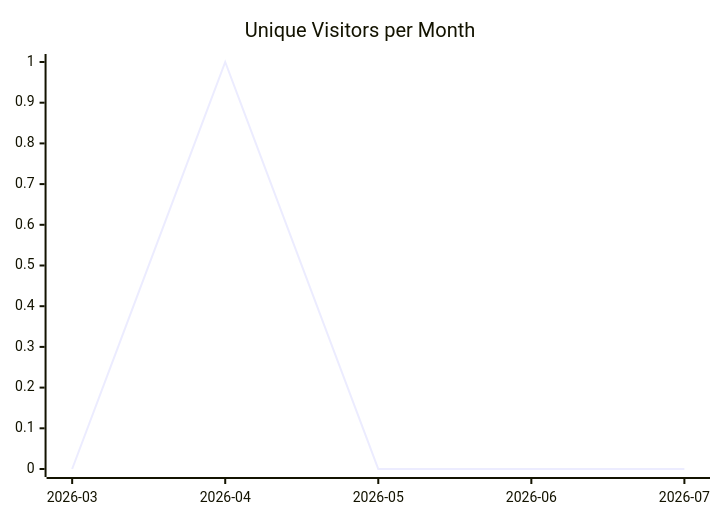
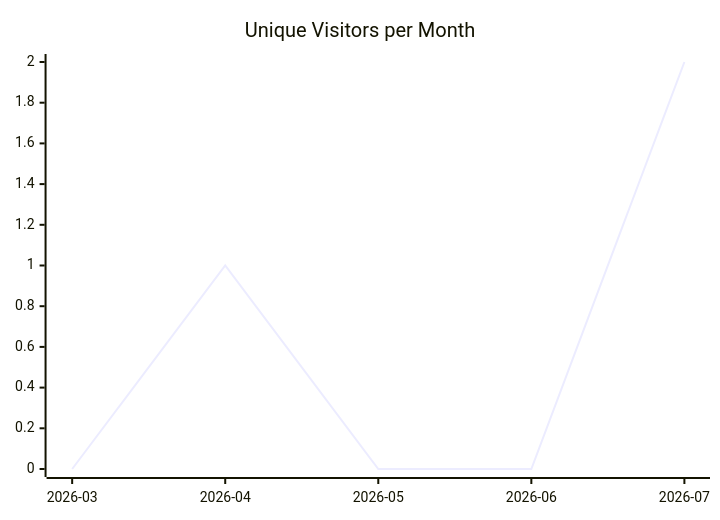
Before and after one commit to justdavis-family/github-analytics-data: the first of 3 diagrams in justdavis-family/github-analytics-data/README.md, drawn with Mermaid. The commit also changed other lines of this file and 182 other files, not shown here.

````diff
--- a/justdavis-family/github-analytics-data/README.md
+++ b/justdavis-family/github-analytics-data/README.md
@@ -5,6 +5,6 @@
 ```mermaid
 xychart-beta
   title "Unique Visitors per Month"
   x-axis ["2026-03", "2026-04", "2026-05", "2026-06", "2026-07"]
-  line [0, 1, 0, 0, 0]
+  line [0, 1, 0, 0, 2]
 ```
````
